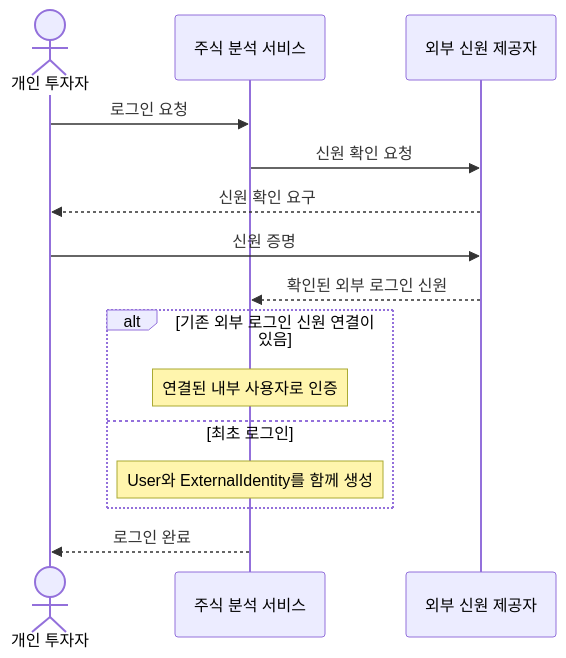
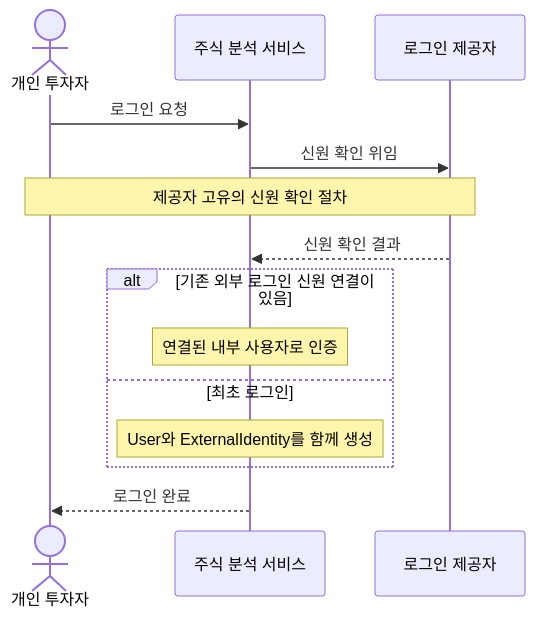
The fifth of 9 diagrams in design/login_feature_design.md (PhilPark-geosr/stock-agent), drawn with Mermaid before and after one commit. The commit also changed other lines of this file, not shown here.

Commit message:
docs: simplify login system sequence

````diff
--- a/design/login_feature_design.md
+++ b/design/login_feature_design.md
@@ -193,20 +193,19 @@
 ```mermaid
 sequenceDiagram
     actor Investor as 개인 투자자
     participant System as 주식 분석 서비스
-    participant IdentityProvider as 외부 신원 제공자
+    participant Provider as 로그인 제공자
 
     Investor->>System: 로그인 요청
-    System->>IdentityProvider: 신원 확인 요청
-    IdentityProvider-->>Investor: 신원 확인 요구
-    Investor->>IdentityProvider: 신원 증명
-    IdentityProvider-->>System: 확인된 외부 로그인 신원
+    System->>Provider: 신원 확인 위임
+    Note over Investor,Provider: 제공자 고유의 신원 확인 절차
+    Provider-->>System: 신원 확인 결과
 
     alt 기존 외부 로그인 신원 연결이 있음
         Note over System: 연결된 내부 사용자로 인증
     else 최초 로그인
         Note over System: User와 ExternalIdentity를 함께 생성
     end
 
     System-->>Investor: 로그인 완료
 ```
````
